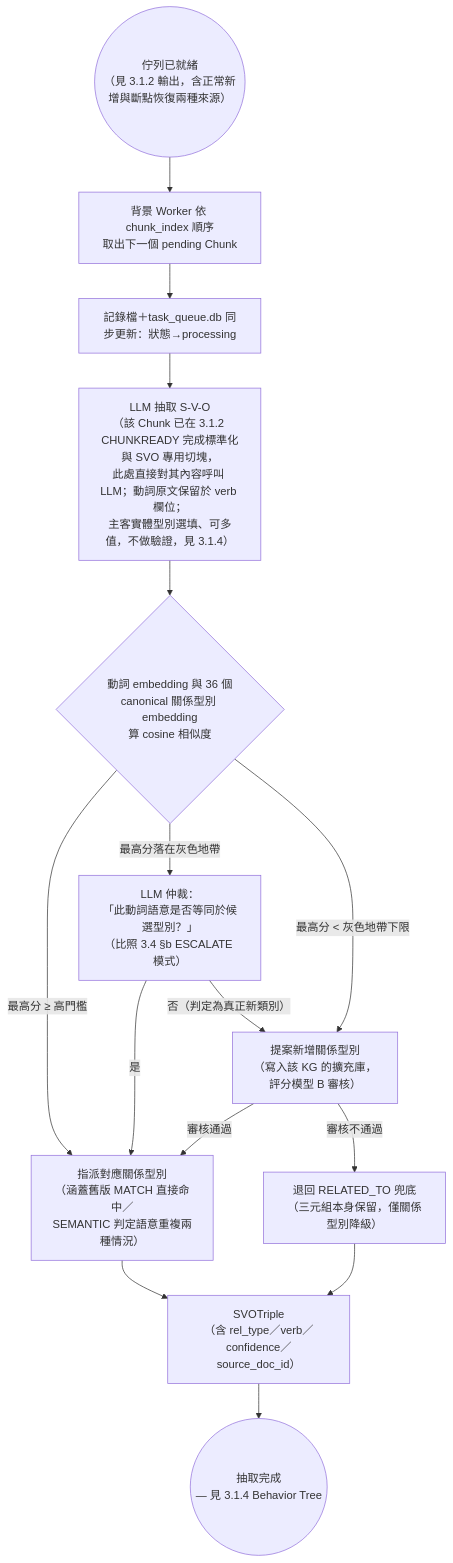
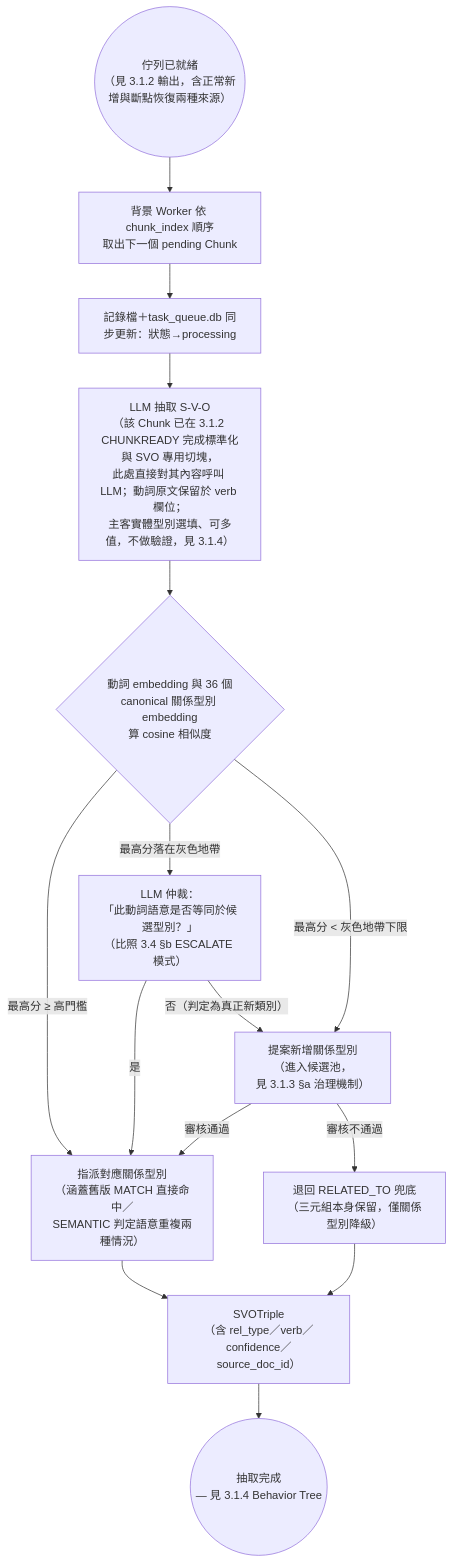
One commit to Chester930/world-knowledge-graph-rag changed the fifth of 15 diagrams in docs/論文/03_系統設計與方法論.md. Above: the diagram before and after it, drawn with Mermaid. The commit also changed other lines of this file and 3 other files, not shown here.

````diff
--- a/docs/論文/03_系統設計與方法論.md
+++ b/docs/論文/03_系統設計與方法論.md
@@ -231,17 +231,17 @@
 ```mermaid
 flowchart TD
     READY2(("佇列已就緒<br/>（見 3.1.2 輸出，含正常新增與斷點恢復兩種來源）")) --> WORKER["背景 Worker 依 chunk_index 順序<br/>取出下一個 pending Chunk"]
     WORKER --> PROC["記錄檔＋task_queue.db 同步更新：狀態→processing"]
     PROC --> LLM_SVO["LLM 抽取 S-V-O<br/>（該 Chunk 已在 3.1.2 CHUNKREADY 完成標準化與 SVO 專用切塊，<br/>此處直接對其內容呼叫 LLM；動詞原文保留於 verb 欄位；<br/>主客實體型別選填、可多值，不做驗證，見 3.1.4）"]
     LLM_SVO --> SIM{"動詞 embedding 與 36 個<br/>canonical 關係型別 embedding<br/>算 cosine 相似度"}
     SIM -->|"最高分 ≥ 高門檻"| ASSIGN["指派對應關係型別<br/>（涵蓋舊版 MATCH 直接命中／<br/>SEMANTIC 判定語意重複兩種情況）"]
     SIM -->|"最高分落在灰色地帶"| ESCALATE3["LLM 仲裁：<br/>「此動詞語意是否等同於候選型別？」<br/>（比照 3.4 §b ESCALATE 模式）"]
     ESCALATE3 -->|是| ASSIGN
-    ESCALATE3 -->|"否（判定為真正新類別）"| EXPAND["提案新增關係型別<br/>（寫入該 KG 的擴充庫，<br/>評分模型 B 審核）"]
+    ESCALATE3 -->|"否（判定為真正新類別）"| EXPAND["提案新增關係型別<br/>（進入候選池，<br/>見 3.1.3 §a 治理機制）"]
     SIM -->|"最高分 < 灰色地帶下限"| EXPAND
     EXPAND -->|審核不通過| REJECT["退回 RELATED_TO 兜底<br/>（三元組本身保留，僅關係型別降級）"]
     EXPAND -->|審核通過| ASSIGN
     ASSIGN --> TRIPLE["SVOTriple<br/>（含 rel_type／verb／confidence／source_doc_id）"]
     REJECT --> TRIPLE
     TRIPLE --> HANDOFF3(("抽取完成<br/>— 見 3.1.4 Behavior Tree"))
 ```
````
